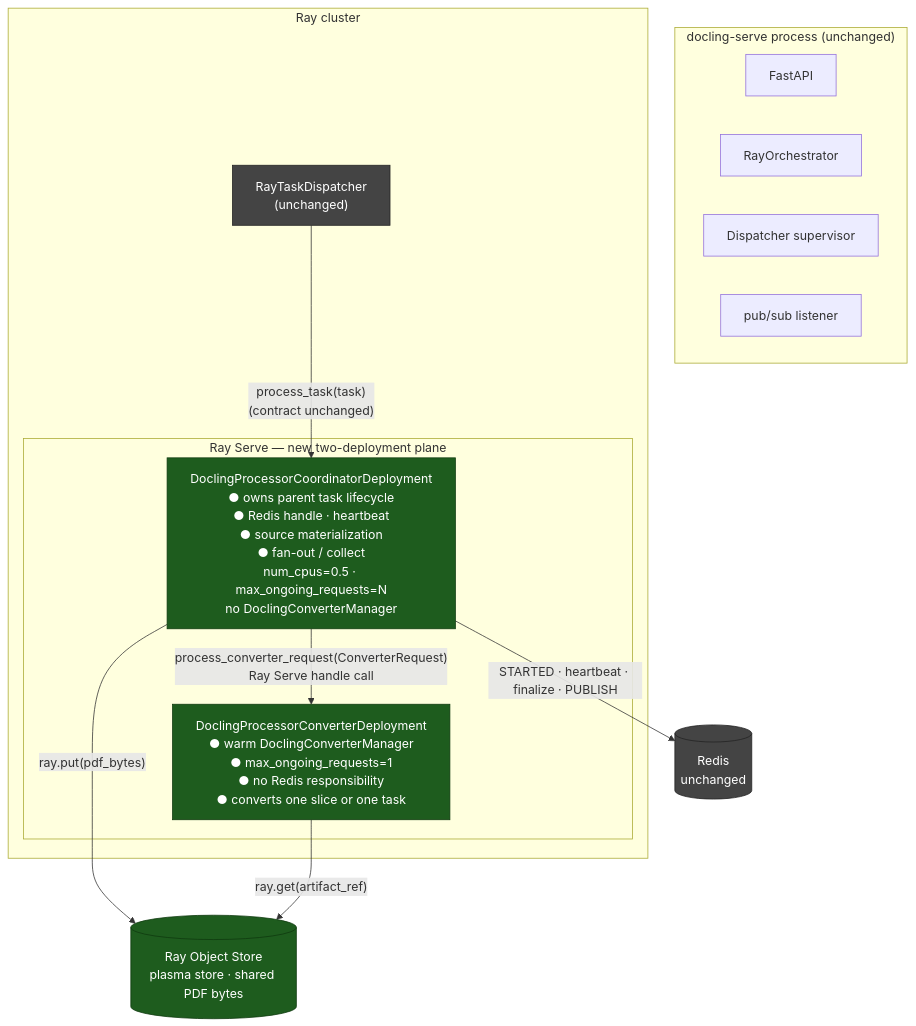
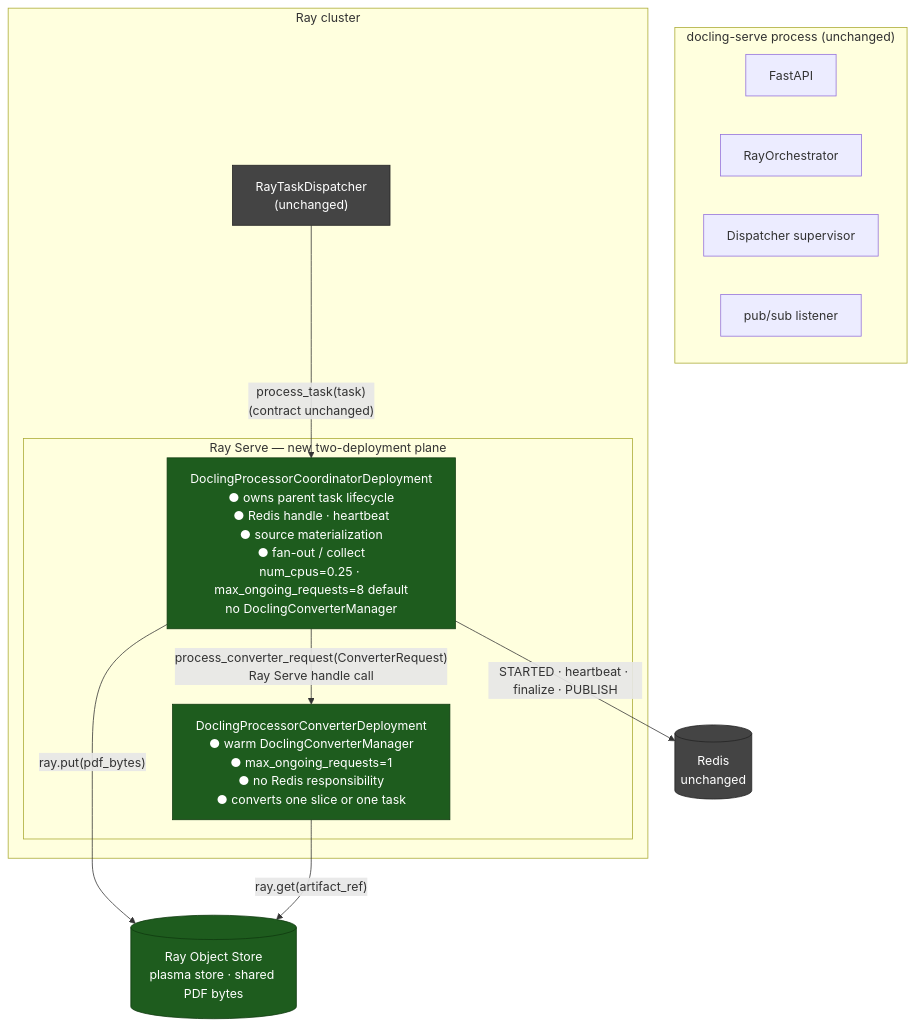
The first of 11 diagrams in docs/ray-orchestrator-architecture-page-slicing-delta.md (docling-project/docling-serve), drawn with Mermaid before and after one commit. The commit also changed other lines of this file, not shown here.

````diff
--- a/docs/ray-orchestrator-architecture-page-slicing-delta.md
+++ b/docs/ray-orchestrator-architecture-page-slicing-delta.md
@@ -22,31 +22,31 @@
 ```mermaid
 flowchart TB
     classDef new     fill:#1e5c1e,color:#fff,stroke:#0f3a0f
     classDef changed fill:#7a5500,color:#fff,stroke:#5a3d00
     classDef existed fill:#444,color:#fff,stroke:#222
 
     subgraph SERVE["docling-serve process  (unchanged)"]
         API["FastAPI"]
         ORCH["RayOrchestrator"]
         SUP["Dispatcher supervisor"]
         SUB["pub/sub listener"]
     end
 
     subgraph RAY["Ray cluster"]
         DISP["RayTaskDispatcher\n(unchanged)"]:::existed
 
         subgraph RS_NEW["Ray Serve — new two-deployment plane"]
-            COORD["DoclingProcessorCoordinatorDeployment\n● owns parent task lifecycle\n● Redis handle · heartbeat\n● source materialization\n● fan-out / collect\nnum_cpus=0.5 · max_ongoing_requests=N\nno DoclingConverterManager"]:::new
+            COORD["DoclingProcessorCoordinatorDeployment\n● owns parent task lifecycle\n● Redis handle · heartbeat\n● source materialization\n● fan-out / collect\nnum_cpus=0.25 · max_ongoing_requests=8 default\nno DoclingConverterManager"]:::new
             WORK["DoclingProcessorConverterDeployment\n● warm DoclingConverterManager\n● max_ongoing_requests=1\n● no Redis responsibility\n● converts one slice or one task"]:::new
             COORD -- "process_converter_request(ConverterRequest)\nRay Serve handle call" --> WORK
         end
     end
 
     PLASMA[("Ray Object Store\nplasma store · shared PDF bytes")]:::new
     REDIS[("Redis\nunchanged")]:::existed
 
     DISP -- "process_task(task)\n(contract unchanged)" --> COORD
     COORD -- "ray.put(pdf_bytes)" --> PLASMA
     WORK -- "ray.get(artifact_ref)" --> PLASMA
     COORD -- "STARTED · heartbeat · finalize · PUBLISH" --> REDIS
 ```
````
